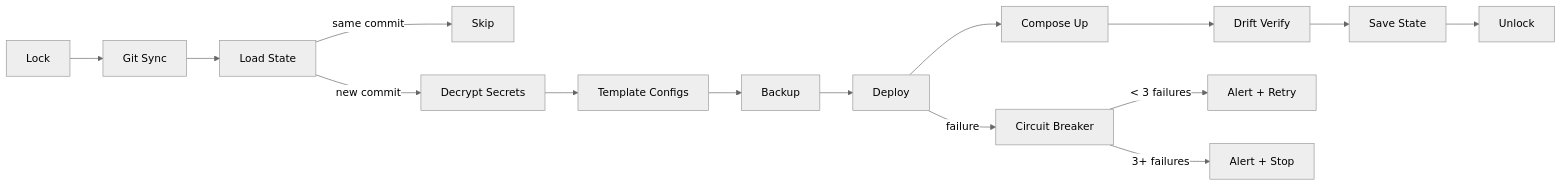
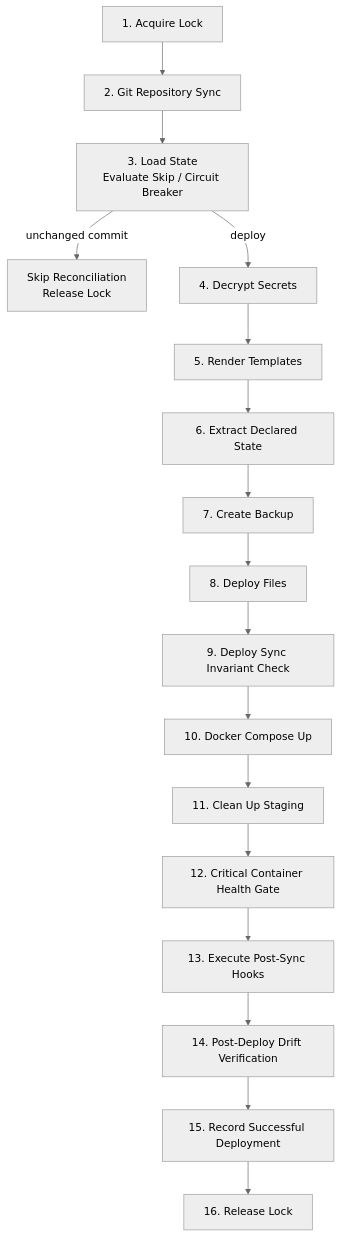
Before and after one commit to cameronsjo/bosun: the diagram in docs/diagrams/reconcile-pipeline.mmd, drawn with Mermaid (neutral theme). The commit also changed 7 other files, not shown here.

First line of the commit message:
docs: refresh reconcile and locking diagrams

```diff
--- a/docs/diagrams/reconcile-pipeline.mmd
+++ b/docs/diagrams/reconcile-pipeline.mmd
@@ -1,15 +1,17 @@
-flowchart LR
-    Lock[Lock] --> GitSync[Git Sync]
-    GitSync --> LoadState[Load State]
-    LoadState -->|same commit| Skip[Skip]
-    LoadState -->|new commit| Decrypt[Decrypt Secrets]
-    Decrypt --> Template[Template Configs]
-    Template --> Backup[Backup]
-    Backup --> DeployStep[Deploy]
-    DeployStep --> ComposeUp[Compose Up]
-    ComposeUp --> DriftVerify[Drift Verify]
-    DriftVerify --> SaveState[Save State]
-    SaveState --> Unlock[Unlock]
-    DeployStep -->|failure| CircuitBreaker[Circuit Breaker]
-    CircuitBreaker -->|< 3 failures| Retry[Alert + Retry]
-    CircuitBreaker -->|3+ failures| Stop[Alert + Stop]
+flowchart TD
+    AcquireLock["1. Acquire Lock"] --> GitSync["2. Git Repository Sync"]
+    GitSync --> LoadState["3. Load State<br/>Evaluate Skip / Circuit Breaker"]
+    LoadState -->|unchanged commit| Skip["Skip Reconciliation<br/>Release Lock"]
+    LoadState -->|deploy| Decrypt["4. Decrypt Secrets"]
+    Decrypt --> Render["5. Render Templates"]
+    Render --> DeclaredState["6. Extract Declared State"]
+    DeclaredState --> Backup["7. Create Backup"]
+    Backup --> Deploy["8. Deploy Files"]
+    Deploy --> Invariant["9. Deploy Sync Invariant Check"]
+    Invariant --> Compose["10. Docker Compose Up"]
+    Compose --> Cleanup["11. Clean Up Staging"]
+    Cleanup --> HealthGate["12. Critical Container Health Gate"]
+    HealthGate --> Hooks["13. Execute Post-Sync Hooks"]
+    Hooks --> Verify["14. Post-Deploy Drift Verification"]
+    Verify --> SaveState["15. Record Successful Deployment"]
+    SaveState --> ReleaseLock["16. Release Lock"]
```
